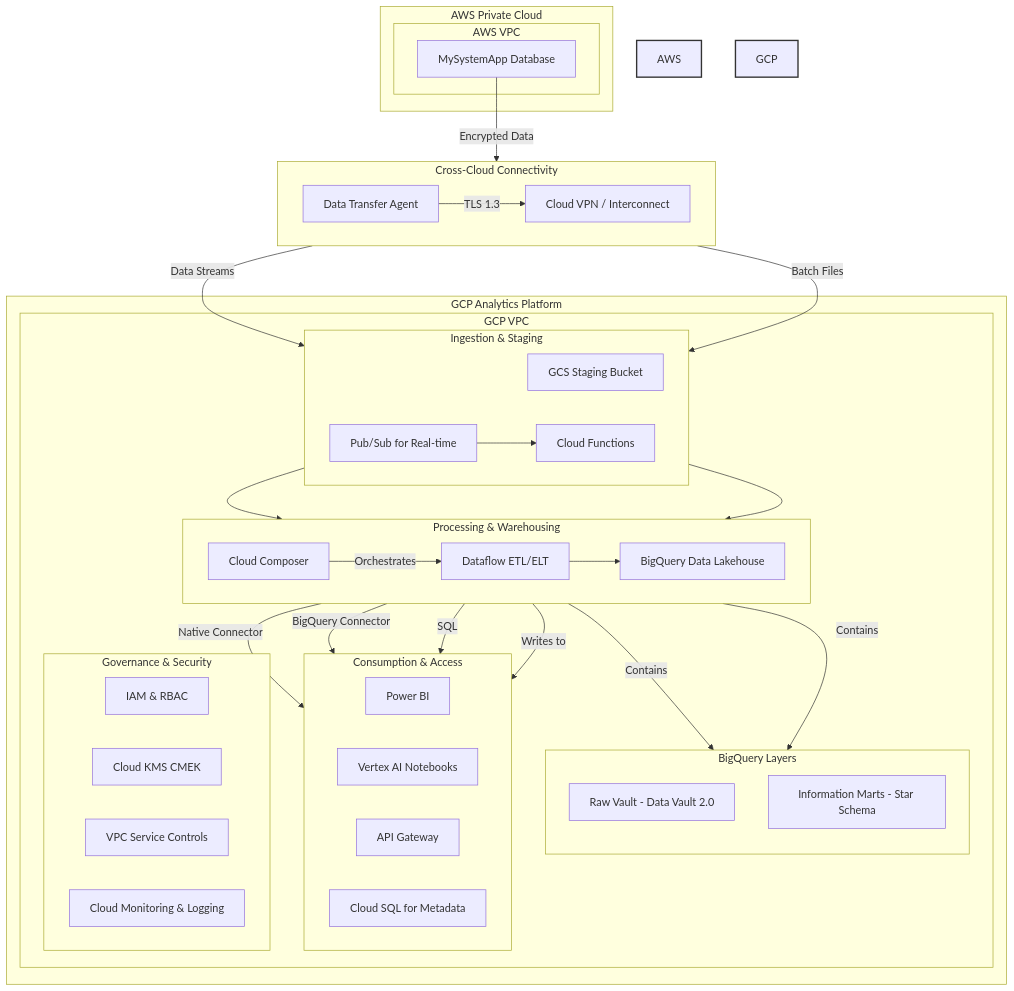
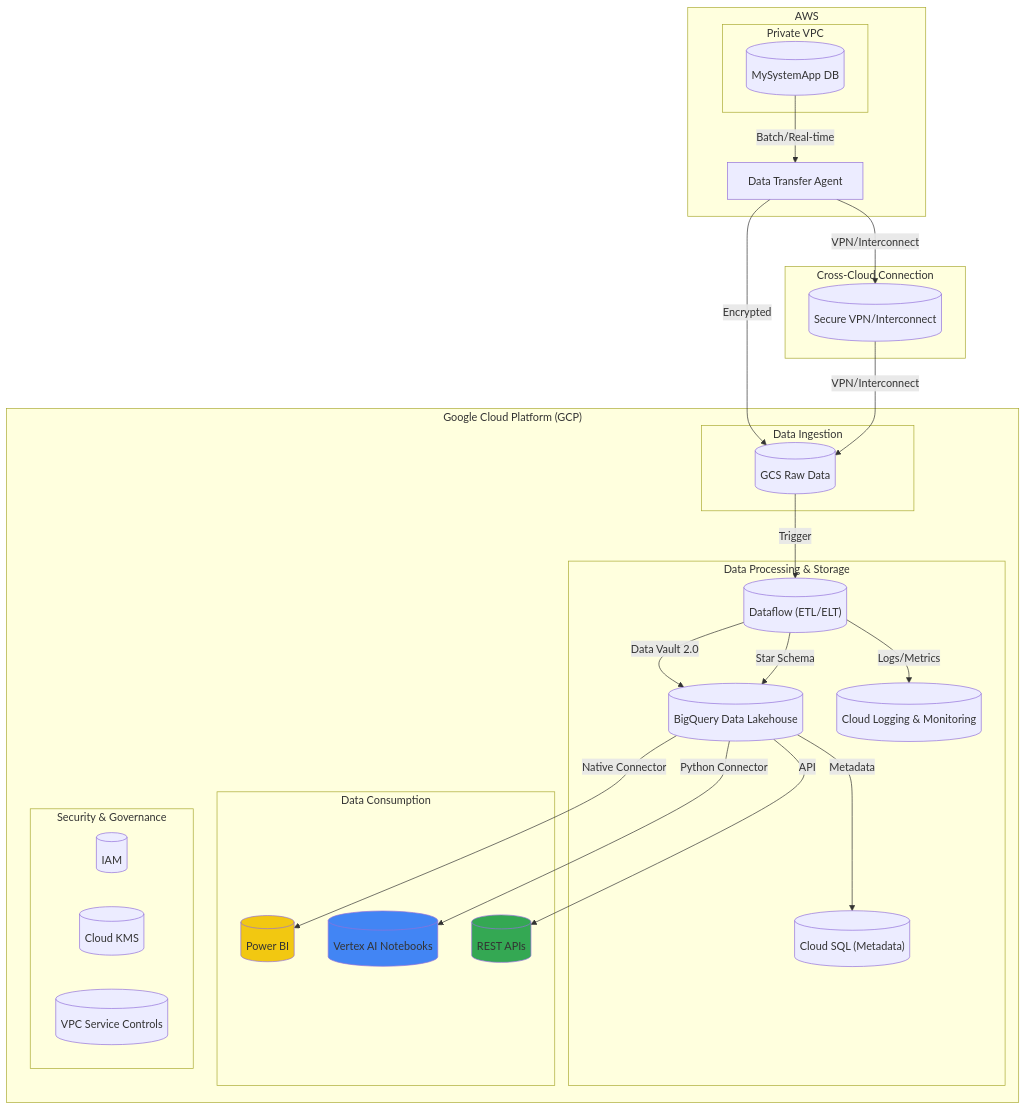
The first of 2 diagrams in README.md (hulkamaphone/terraform_documenter), drawn with Mermaid before and after one commit. The commit also changed other lines of this file, not shown here.

````diff
--- a/README.md
+++ b/README.md
@@ -147,70 +151,55 @@
 ```mermaid
 graph TD
-    subgraph AWS Private Cloud
-        subgraph AWS VPC
-            MySystemApp[MySystemApp Database]
+    subgraph "AWS"
+        subgraph "Private VPC"
+            MySystemAppDB[("MySystemApp DB")]
+        end
+        DataTransferAgent[Data Transfer Agent]
+        MySystemAppDB -- Batch/Real-time --> DataTransferAgent
+    end
+
+    subgraph "Cross-Cloud Connection"
+        VPN/Interconnect[("Secure VPN/Interconnect")]
+    end
+
+    subgraph "Google Cloud Platform (GCP)"
+        subgraph "Data Ingestion"
+            CloudStorageRaw[("GCS Raw Data")]
+            DataTransferAgent -- Encrypted --> CloudStorageRaw
+        end
+
+        subgraph "Data Processing & Storage"
+            Dataflow[("Dataflow (ETL/ELT)")]
+            BigQuery[("BigQuery Data Lakehouse")]
+            CloudSQL[("Cloud SQL (Metadata)")]
+            CloudStorageRaw -- Trigger --> Dataflow
+            Dataflow -- Data Vault 2.0 --> BigQuery
+            Dataflow -- Star Schema --> BigQuery
+            Dataflow -- Logs/Metrics --> CloudLogging
+            BigQuery -- Metadata --> CloudSQL
+        end
+
+        subgraph "Data Consumption"
+            PowerBI[("Power BI")]
+            VertexAI[("Vertex AI Notebooks")]
+            APIs[("REST APIs")]
+            BigQuery -- Native Connector --> PowerBI
+            BigQuery -- Python Connector --> VertexAI
+            BigQuery -- API --> APIs
+        end
+
+        subgraph "Security & Governance"
+            IAM[("IAM")]
+            KMS[("Cloud KMS")]
+            VPCServiceControls[("VPC Service Controls")]
+            CloudLogging[("Cloud Logging & Monitoring")]
         end
     end
 
-    subgraph Cross-Cloud Connectivity
-        direction LR
-        TransferAgent[Data Transfer Agent]
-        VPN[Cloud VPN / Interconnect]
-        MySystemApp -- Encrypted Data --> TransferAgent -- TLS 1.3 --> VPN
-    end
+    DataTransferAgent -- "VPN/Interconnect" --> VPN/Interconnect
+    VPN/Interconnect -- "VPN/Interconnect" --> CloudStorageRaw
 
-    subgraph GCP Analytics Platform
-        subgraph GCP VPC
-            subgraph Ingestion [Ingestion & Staging]
-                direction LR
-                GCS_Staging[GCS Staging Bucket]
-                PubSub_Realtime[Pub/Sub for Real-time]
-                Cloud_Functions_Ingest[Cloud Functions]
-                VPN -- Data Streams --> PubSub_Realtime
-                VPN -- Batch Files --> GCS_Staging
-                PubSub_Realtime --> Cloud_Functions_Ingest
-            end
-
-            subgraph Processing [Processing & Warehousing]
-                direction LR
-                Dataflow[Dataflow ETL/ELT]
-                Composer[Cloud Composer]
-                BigQuery[BigQuery Data Lakehouse]
-                Cloud_Functions_Ingest --> Dataflow
-                GCS_Staging --> Dataflow
-                Dataflow --> BigQuery
-                Composer -- Orchestrates --> Dataflow
-            end
-
-            subgraph "BigQuery Layers"
-                direction TB
-                RawVault[Raw Vault - Data Vault 2.0]
-                InfoMarts[Information Marts - Star Schema]
-                BigQuery -- Contains --> RawVault
-                BigQuery -- Contains --> InfoMarts
-            end
-
-            subgraph Consumption [Consumption & Access]
-                direction LR
-                PowerBI[Power BI]
-                VertexAI[Vertex AI Notebooks]
-                APIGateway[API Gateway]
-                CloudSQL[Cloud SQL for Metadata]
-                BigQuery -- Native Connector --> PowerBI
-                BigQuery -- BigQuery Connector --> VertexAI
-                BigQuery -- SQL --> APIGateway
-                Dataflow -- Writes to --> CloudSQL
-            end
-
-             subgraph Governance & Security
-                 IAM[IAM & RBAC]
-                 KMS[Cloud KMS CMEK]
-                 VPCSC[VPC Service Controls]
-                 CloudLogging[Cloud Monitoring & Logging]
-             end
-        end
-    end
-
-    style AWS VPC fill:#FF9900,stroke:#333,stroke-width:2px
-    style GCP VPC fill:#4285F4,stroke:#333,stroke-width:2px
+    style PowerBI fill:#F2C811
+    style VertexAI fill:#4285F4
+    style APIs fill:#34A853
 ```
````
